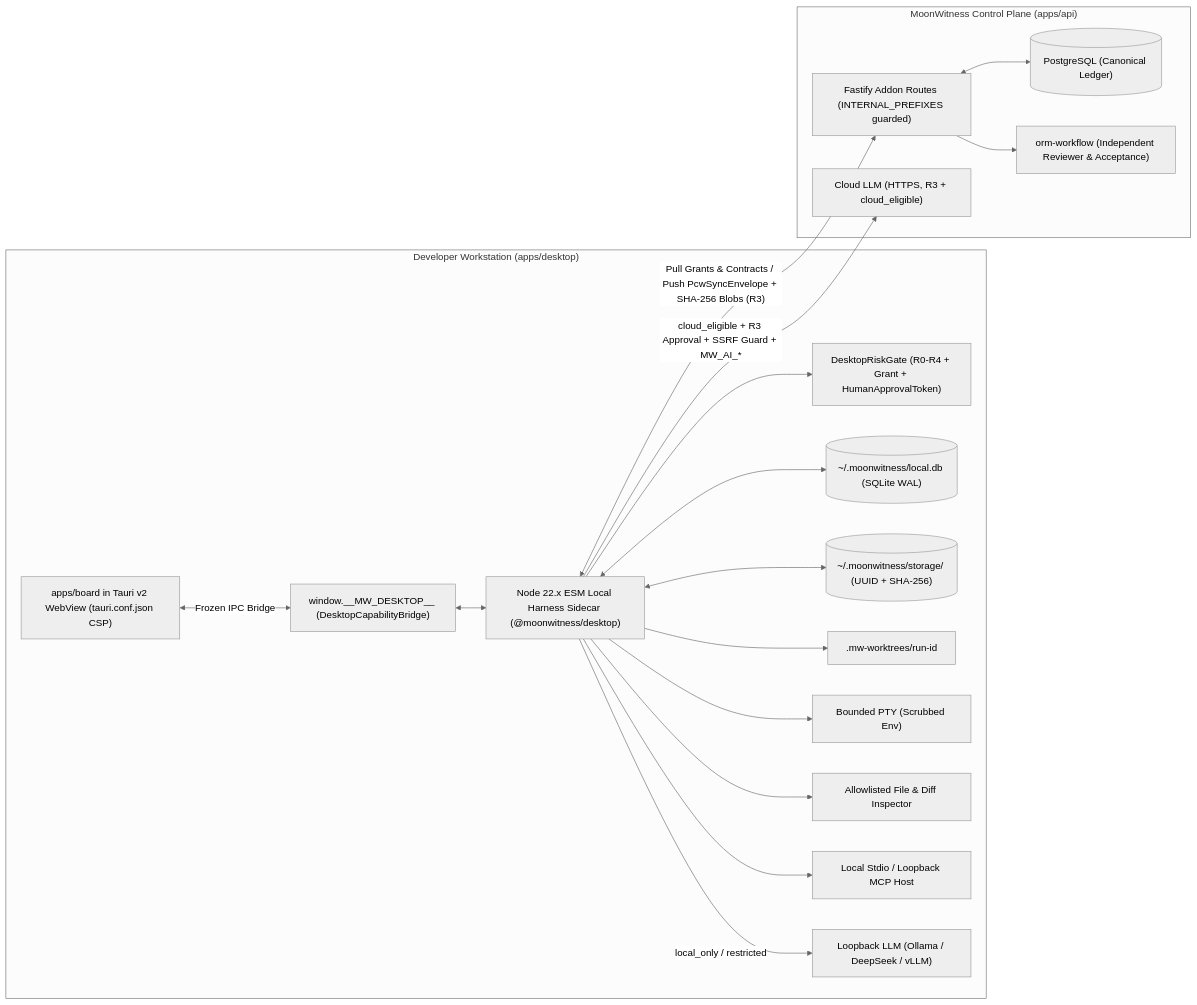
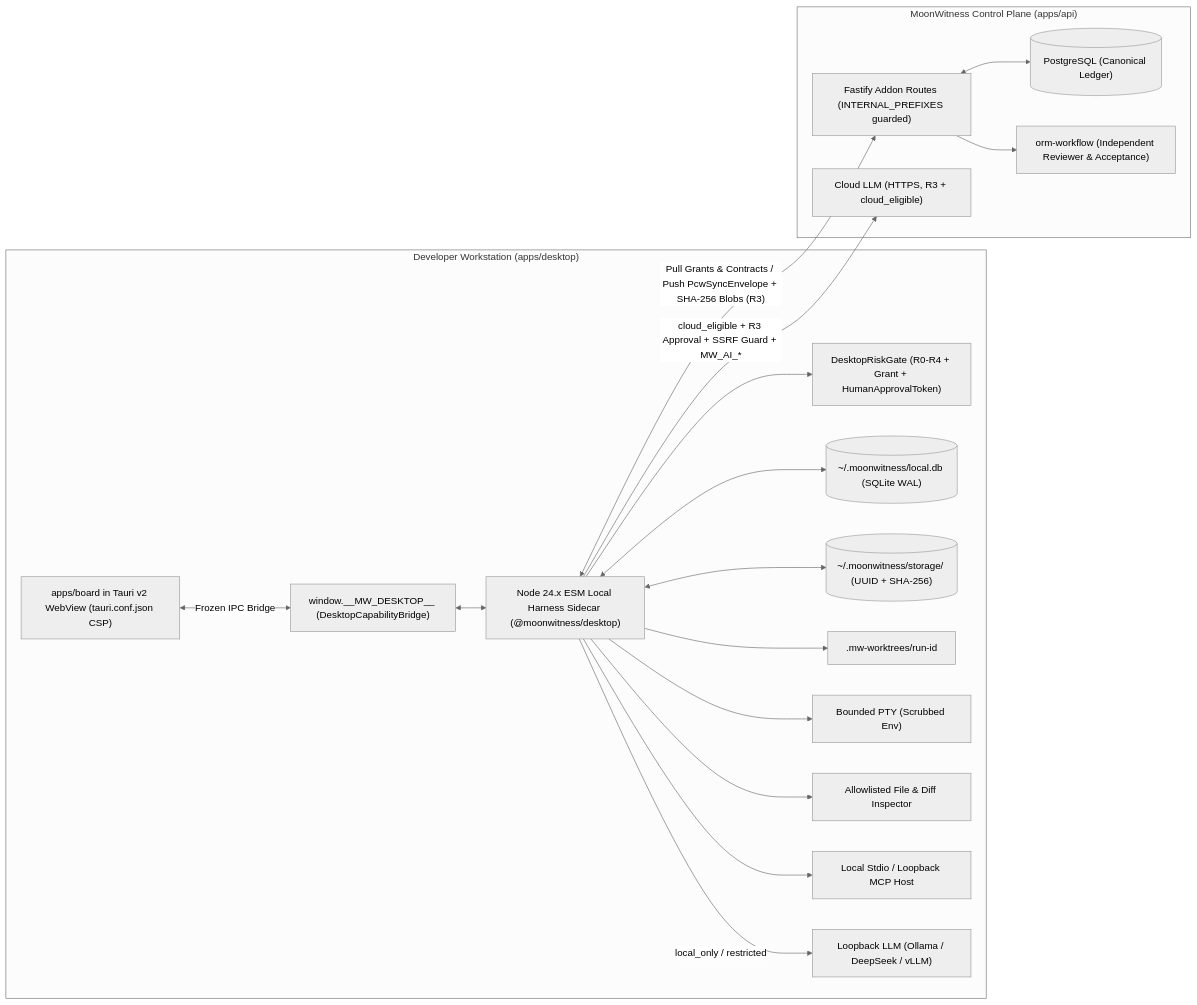
One commit to A-L-L-A-H/mw-xv changed the diagram in moonwitness-ai-corporation-blueprint/docs/AI-CORPORATION-DESKTOP-HARNESS.md. Above: the diagram before and after it, drawn with Mermaid (neutral theme). The commit also changed other lines of this file and 4 other files, not shown here.

Commit message:
docs(runtime): align active Desktop Node 24 baseline

````diff
--- a/moonwitness-ai-corporation-blueprint/docs/AI-CORPORATION-DESKTOP-HARNESS.md
+++ b/moonwitness-ai-corporation-blueprint/docs/AI-CORPORATION-DESKTOP-HARNESS.md
@@ -44,40 +45,40 @@
 ```mermaid
 flowchart LR
   subgraph UserHost["Developer Workstation (apps/desktop)"]
     UI["apps/board in Tauri v2 WebView (tauri.conf.json CSP)"]
     Bridge["window.__MW_DESKTOP__ (DesktopCapabilityBridge)"]
-    Host["Node 22.x ESM Local Harness Sidecar (@moonwitness/desktop)"]
+    Host["Node 24.x ESM Local Harness Sidecar (@moonwitness/desktop)"]
     Gate["DesktopRiskGate (R0-R4 + Grant + HumanApprovalToken)"]
     DB[("~/.moonwitness/local.db (SQLite WAL)")]
     Blobs[("~/.moonwitness/storage/ (UUID + SHA-256)")]
     WT[".mw-worktrees/run-id"]
     PTY["Bounded PTY (Scrubbed Env)"]
     FS["Allowlisted File & Diff Inspector"]
     MCP["Local Stdio / Loopback MCP Host"]
     LocalModel["Loopback LLM (Ollama / DeepSeek / vLLM)"]
 
     UI <-->|"Frozen IPC Bridge"| Bridge
     Bridge <--> Host
     Host --> Gate
     Host <--> DB
     Host <--> Blobs
     Host --> WT
     Host --> PTY
     Host --> FS
     Host --> MCP
     Host -->|"local_only / restricted"| LocalModel
   end
 
   subgraph Central["MoonWitness Control Plane (apps/api)"]
     API["Fastify Addon Routes (INTERNAL_PREFIXES guarded)"]
     PG[("PostgreSQL (Canonical Ledger)")]
     Workflow["orm-workflow (Independent Reviewer & Acceptance)"]
     CloudModel["Cloud LLM (HTTPS, R3 + cloud_eligible)"]
 
     API <--> PG
     API --> Workflow
   end
 
   Host <-->|"Pull Grants & Contracts / Push PcwSyncEnvelope + SHA-256 Blobs (R3)"| API
   Host -->|"cloud_eligible + R3 Approval + SSRF Guard + MW_AI_*"| CloudModel
 ```
````
